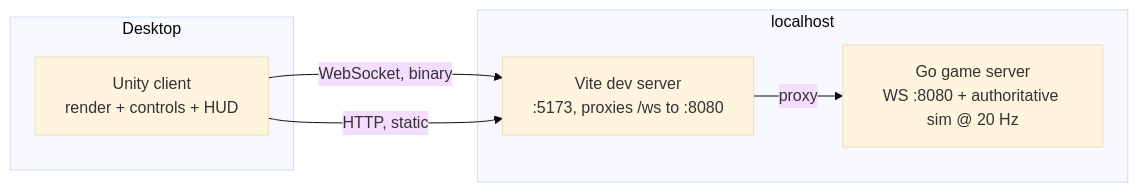
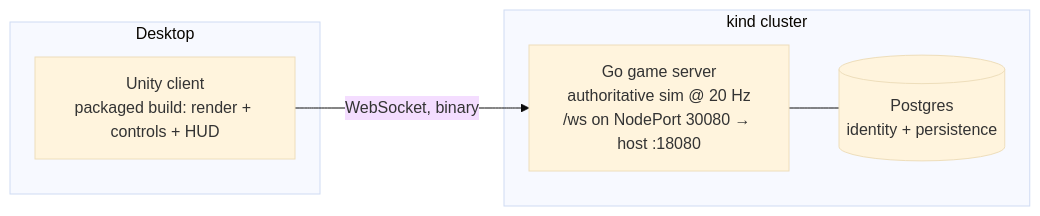
Before and after one commit to stevenholder/space_adventure: the diagram in docs/ARCHITECTURE.md, drawn with Mermaid (base theme). The commit also changed other lines of this file and 4 other files, not shown here.

````diff
--- a/docs/ARCHITECTURE.md
+++ b/docs/ARCHITECTURE.md
@@ -8,13 +8,12 @@
 ```mermaid
 flowchart LR
   subgraph Desktop
-    C[Unity client<br/>render + controls + HUD]
+    C[Unity client<br/>packaged build: render + controls + HUD]
   end
-  subgraph localhost
-    S[Go game server<br/>WS :8080 + authoritative sim @ 20 Hz]
-    V[Vite dev server<br/>:5173, proxies /ws to :8080]
+  subgraph kind cluster
+    S[Go game server<br/>authoritative sim @ 20 Hz<br/>/ws on NodePort 30080 → host :18080]
+    P[(Postgres<br/>identity + persistence)]
   end
-  C -- WebSocket, binary --> V
-  V -- proxy --> S
-  C -- HTTP, static --> V
+  C -- WebSocket, binary --> S
+  S --- P
 ```
````
